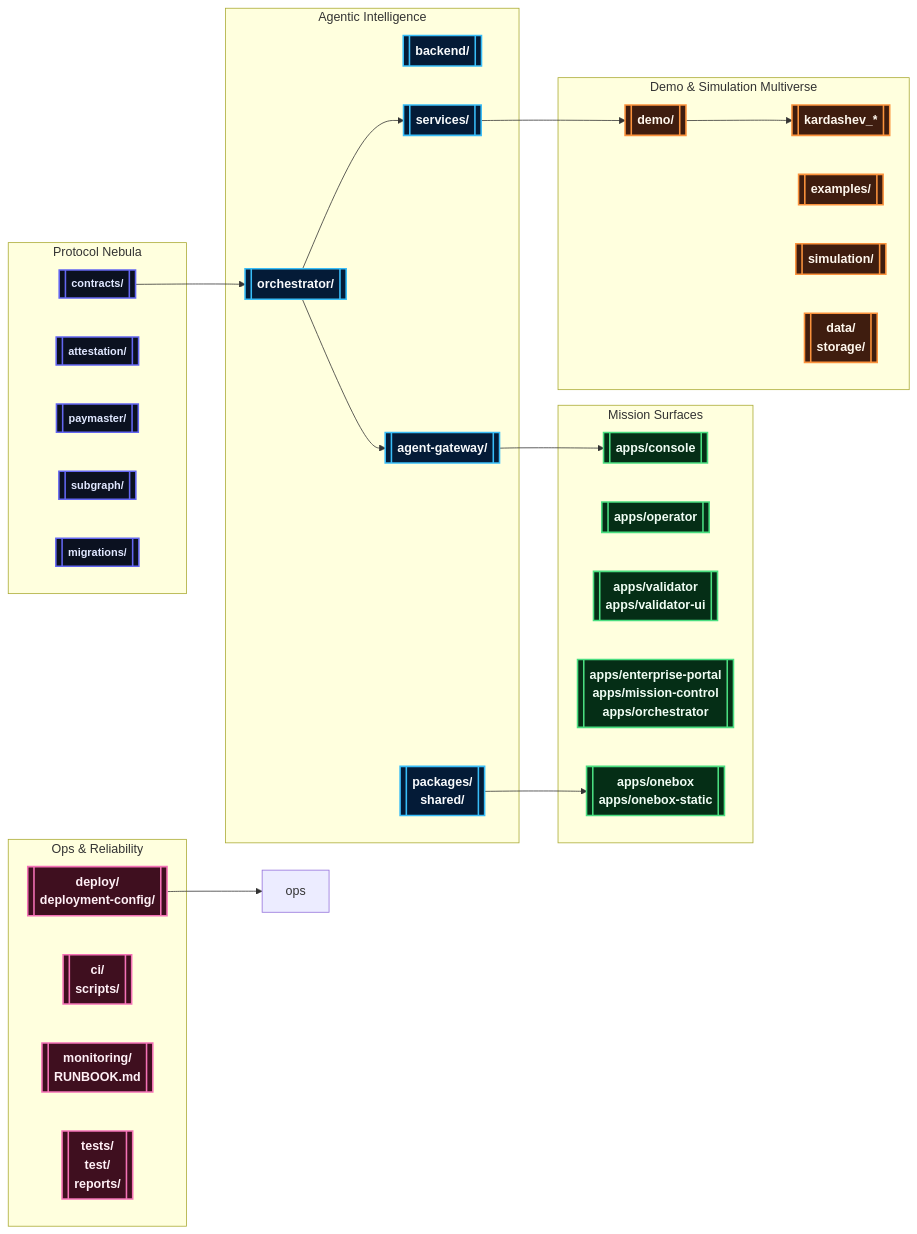
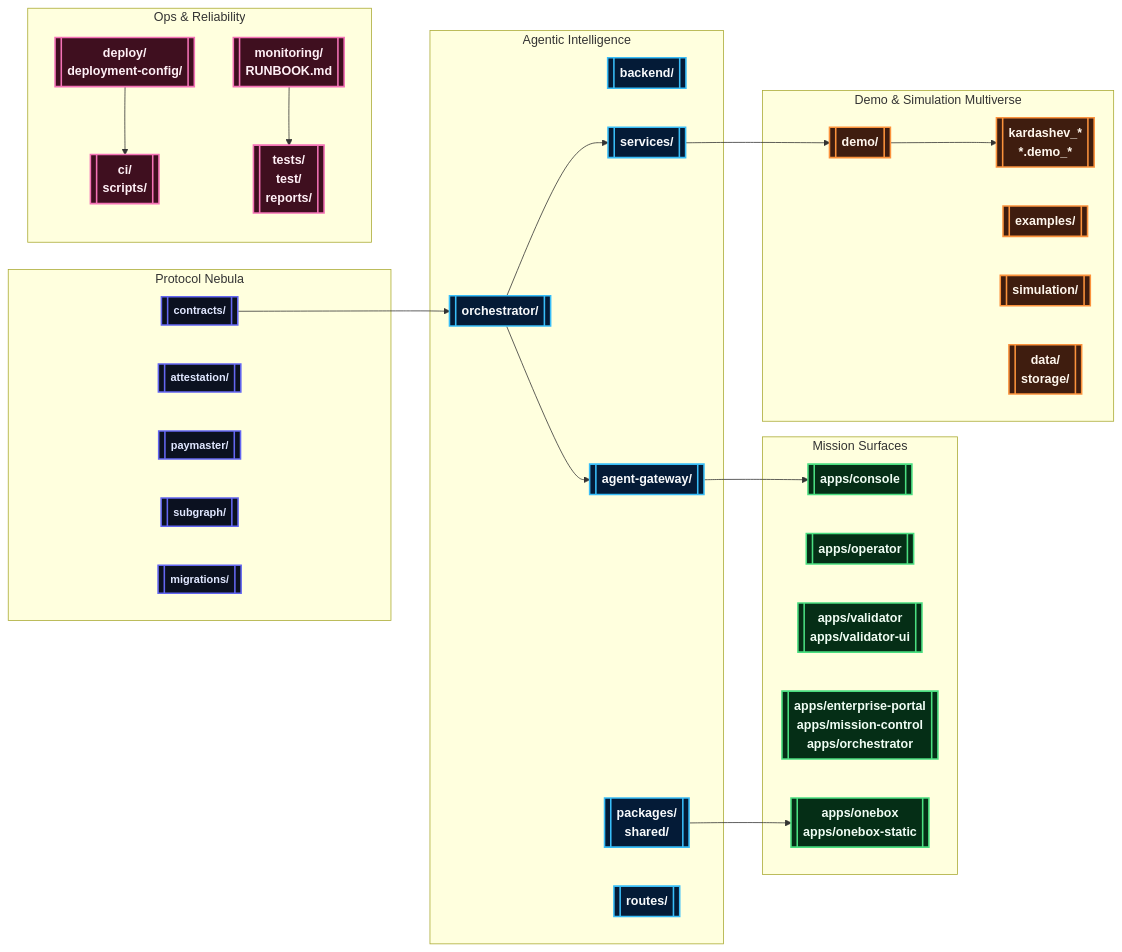
Before and after one commit to MontrealAI/AGIJobsv0: the first of 2 diagrams in README.md, drawn with Mermaid. The commit also changed other lines of this file, not shown here.

Commit message:
Refresh root README with latest demos

````diff
--- a/README.md
+++ b/README.md
@@ -39,54 +40,56 @@
 ```mermaid
-%% Grand architecture constellation
+%% Nebula-scale systems map
 flowchart LR
-    classDef proto fill:#0b1120,stroke:#6366f1,color:#e0e7ff,font-size:14px,font-weight:bold,stroke-width:2px;
+    classDef protocol fill:#0b1120,stroke:#6366f1,color:#e0e7ff,font-size:14px,font-weight:bold,stroke-width:2px;
     classDef agentic fill:#041b37,stroke:#38bdf8,color:#f8fafc,font-weight:bold,stroke-width:2px;
     classDef surfaces fill:#052e16,stroke:#4ade80,color:#f0fdf4,font-weight:bold,stroke-width:2px;
     classDef ops fill:#3f0f1f,stroke:#f472b6,color:#fff0f6,font-weight:bold,stroke-width:2px;
     classDef demos fill:#3f1d0f,stroke:#fb923c,color:#fff7ed,font-weight:bold,stroke-width:2px;
 
-    subgraph Protocol Nebula
-        contracts[[contracts/]]:::proto
-        attestation[[attestation/]]:::proto
-        paymaster[[paymaster/]]:::proto
-        subgraphSvc[[subgraph/]]:::proto
-        migrations[[migrations/]]:::proto
+    subgraph "Protocol Nebula"
+        contracts[[contracts/]]:::protocol
+        attestation[[attestation/]]:::protocol
+        paymaster[[paymaster/]]:::protocol
+        subgraphSvc[[subgraph/]]:::protocol
+        migrations[[migrations/]]:::protocol
     end
 
-    subgraph Agentic Intelligence
+    subgraph "Agentic Intelligence"
         orchestrator[[orchestrator/]]:::agentic
         backendSvc[[backend/]]:::agentic
         agentGateway[[agent-gateway/]]:::agentic
         servicesHub[[services/]]:::agentic
         packagesHub[[packages/\nshared/]]:::agentic
+        routesHub[[routes/]]:::agentic
     end
 
-    subgraph Mission Surfaces
+    subgraph "Mission Surfaces"
         appsConsole[[apps/console]]:::surfaces
         appsOperator[[apps/operator]]:::surfaces
         appsValidator[[apps/validator\napps/validator-ui]]:::surfaces
         appsEnterprise[[apps/enterprise-portal\napps/mission-control\napps/orchestrator]]:::surfaces
         appsOnebox[[apps/onebox\napps/onebox-static]]:::surfaces
     end
 
-    subgraph Ops & Reliability
+    subgraph "Ops & Reliability"
         deploy[[deploy/\ndeployment-config/]]:::ops
         ci[[ci/\nscripts/]]:::ops
         monitoring[[monitoring/\nRUNBOOK.md]]:::ops
         qa[[tests/\ntest/\nreports/]]:::ops
     end
 
-    subgraph Demo & Simulation Multiverse
+    subgraph "Demo & Simulation Multiverse"
         demoHub[[demo/]]:::demos
-        kardashev[[kardashev_*]]:::demos
+        kardashev[[kardashev_*\n*.demo_*]]:::demos
         examples[[examples/]]:::demos
         simulation[[simulation/]]:::demos
         dataVault[[data/\nstorage/]]:::demos
     end
 
     contracts --> orchestrator --> agentGateway --> appsConsole
     orchestrator --> servicesHub --> demoHub
     packagesHub --> appsOnebox
-    deploy --> ops
+    deploy --> ci
+    monitoring --> qa
     demoHub --> kardashev
 ```
````
